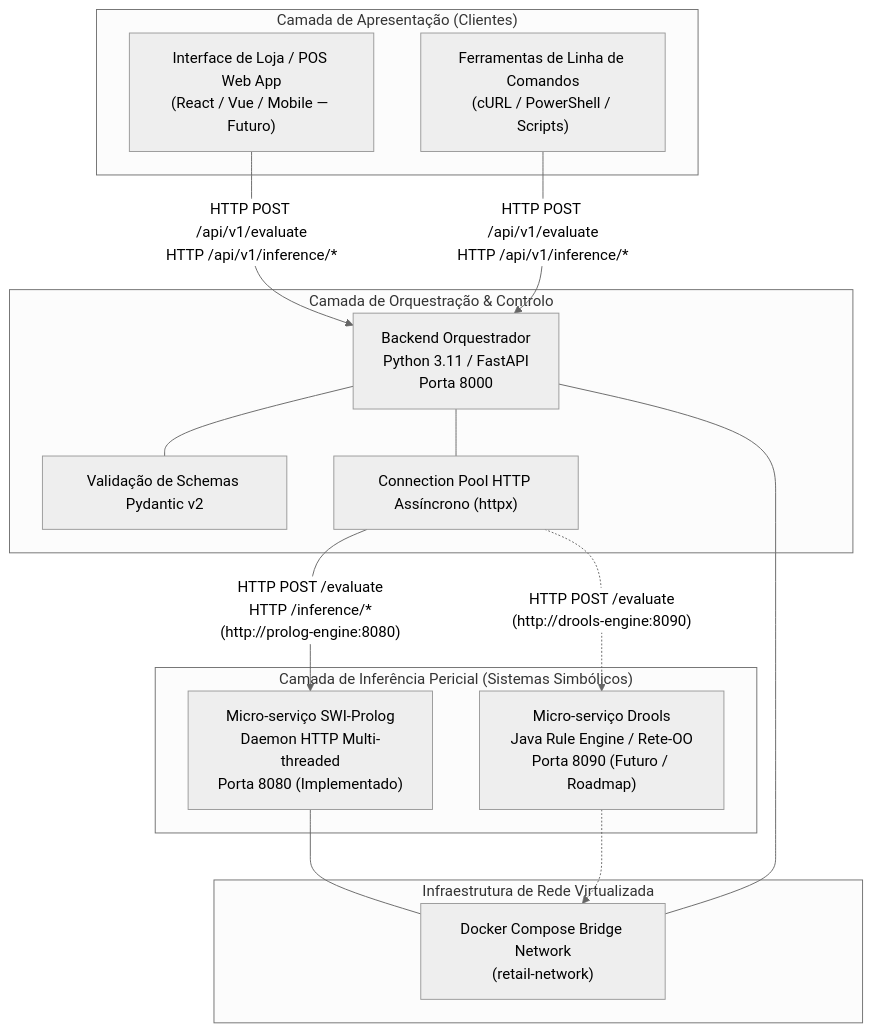
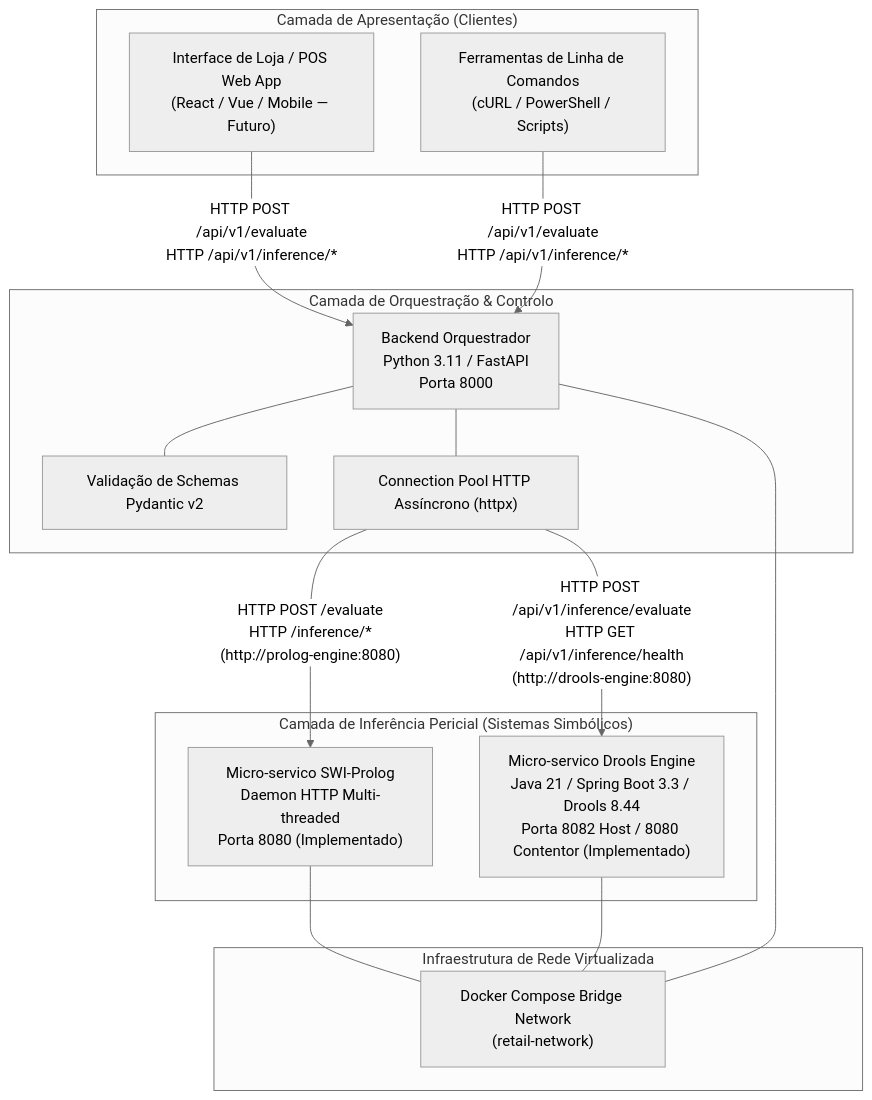
Before and after one commit to Santiago-1211173/meia-equipa3-challenge1-26_27: the diagram in docs/architecture/system_overview.md, drawn with Mermaid (neutral theme). The commit also changed other lines of this file and 23 other files, not shown here.

Commit message:
docs: add comprehensive documentation for architecture, API, deployment, and development guides

````diff
--- a/docs/architecture/system_overview.md
+++ b/docs/architecture/system_overview.md
@@ -12,35 +12,35 @@
 ```mermaid
 flowchart TD
     subgraph ClientLayer ["Camada de Apresentação (Clientes)"]
         UI["Interface de Loja / POS Web App<br/>(React / Vue / Mobile — Futuro)"]
         CLI["Ferramentas de Linha de Comandos<br/>(cURL / PowerShell / Scripts)"]
     end
 
     subgraph OrchestrationLayer ["Camada de Orquestração & Controlo"]
         API["Backend Orquestrador<br/>Python 3.11 / FastAPI<br/>Porta 8000"]
         VAL["Validação de Schemas Pydantic v2"]
         POOL["Connection Pool HTTP Assíncrono (httpx)"]
     end
 
     subgraph InferenceLayer ["Camada de Inferência Pericial (Sistemas Simbólicos)"]
-        PROLOG["Micro-serviço SWI-Prolog<br/>Daemon HTTP Multi-threaded<br/>Porta 8080 (Implementado)"]
-        DROOLS["Micro-serviço Drools<br/>Java Rule Engine / Rete-OO<br/>Porta 8090 (Futuro / Roadmap)"]
+        PROLOG["Micro-servico SWI-Prolog<br/>Daemon HTTP Multi-threaded<br/>Porta 8080 (Implementado)"]
+        DROOLS["Micro-servico Drools Engine<br/>Java 21 / Spring Boot 3.3 / Drools 8.44<br/>Porta 8082 Host / 8080 Contentor (Implementado)"]
     end
 
     subgraph NetworkInfra ["Infraestrutura de Rede Virtualizada"]
         DOCKER["Docker Compose Bridge Network<br/>(retail-network)"]
     end
 
     UI -->|"HTTP POST /api/v1/evaluate<br/>HTTP /api/v1/inference/*"| API
     CLI -->|"HTTP POST /api/v1/evaluate<br/>HTTP /api/v1/inference/*"| API
 
     API --- VAL
     API --- POOL
 
     POOL -->|"HTTP POST /evaluate<br/>HTTP /inference/*<br/>(http://prolog-engine:8080)"| PROLOG
-    POOL -.->|"HTTP POST /evaluate<br/>(http://drools-engine:8090)"| DROOLS
+    POOL -->|"HTTP POST /api/v1/inference/evaluate<br/>HTTP GET /api/v1/inference/health<br/>(http://drools-engine:8080)"| DROOLS
 
     PROLOG --- DOCKER
     API --- DOCKER
-    DROOLS -.-> DOCKER
+    DROOLS --- DOCKER
 ```
````
